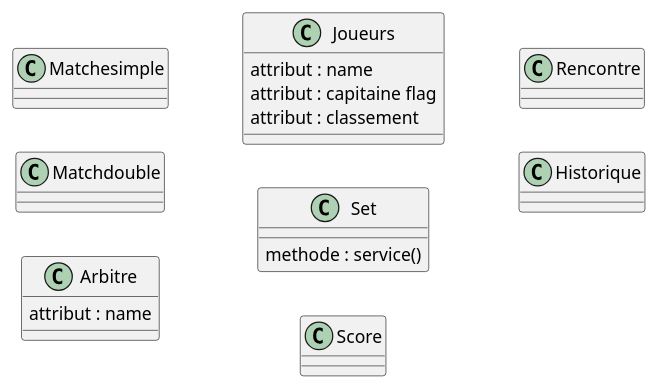
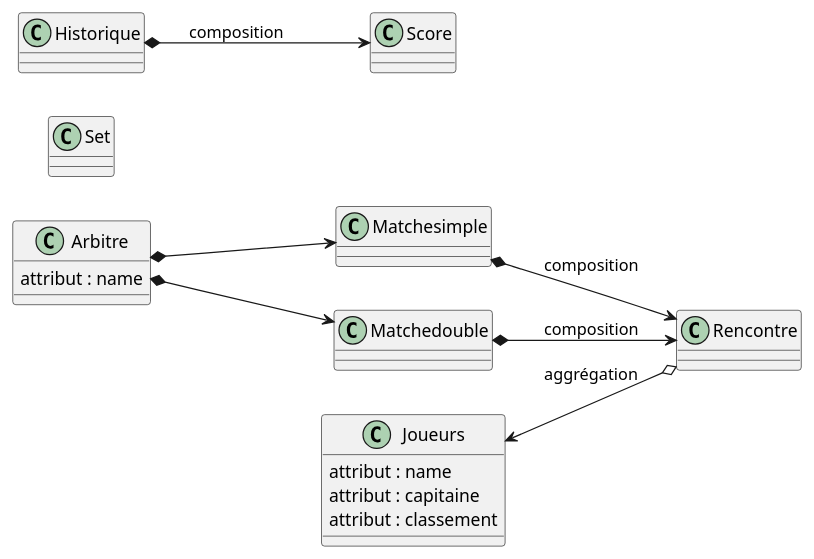
Before and after one commit to davidbrylka/Ping-Pong: the diagram in assets/php/competition_ping_pong.puml, drawn with PlantUML.

Commit message:
08/10/2021 09:57

```diff
--- a/assets/php/competition_ping_pong.puml
+++ b/assets/php/competition_ping_pong.puml
@@ -1,38 +1,51 @@
 @startuml "Enfer"
 
 left to right direction
 
 class Matchesimple{
 
 }
-class Matchdouble{
+class Matchedouble{
 
 }
+
 
 class Arbitre{
     attribut : name
 }
 
 class Joueurs{
     attribut : name
-    attribut : capitaine flag
+    attribut : capitaine
     attribut : classement
 }
 
 class Set{
-    methode : service()
 }
 
 class Score{
 
 }
 
 class Rencontre{
 
 }
 class Historique{
 
 }
 
+Joueurs <--o Rencontre : aggrégation
+Matchesimple *-->Rencontre : composition
+Matchedouble *-->Rencontre : composition
+
+Historique*-->Score : composition
+
+Arbitre *--> Matchesimple
+Arbitre *--> Matchedouble
+
+
+
+
+
 
 @enduml
```
